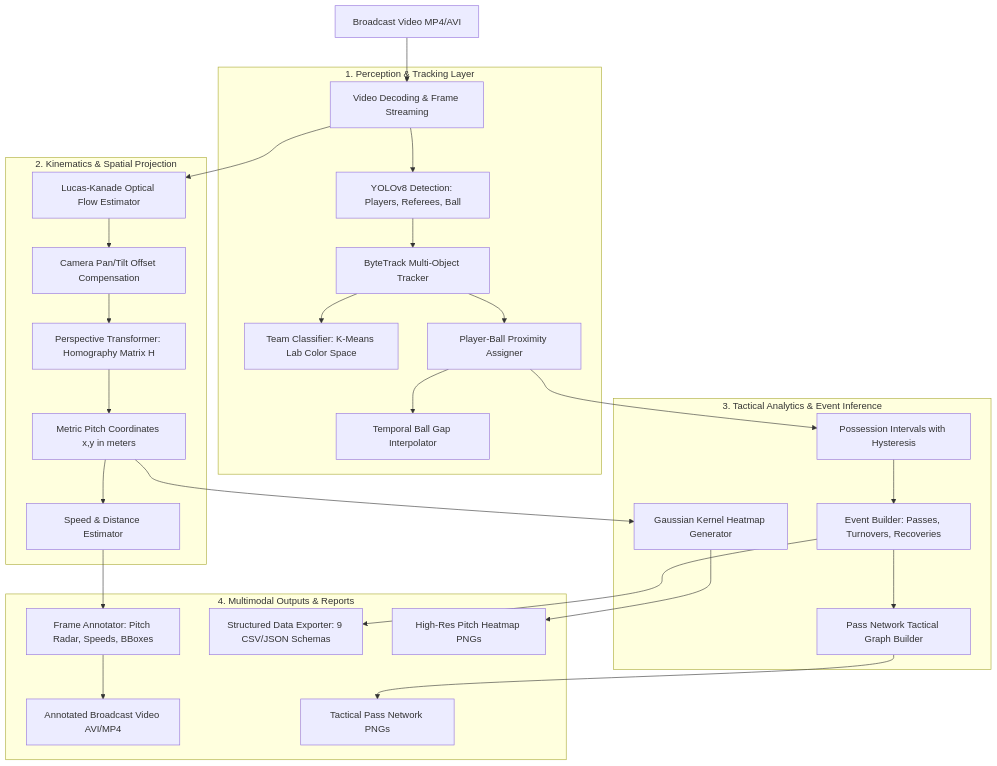
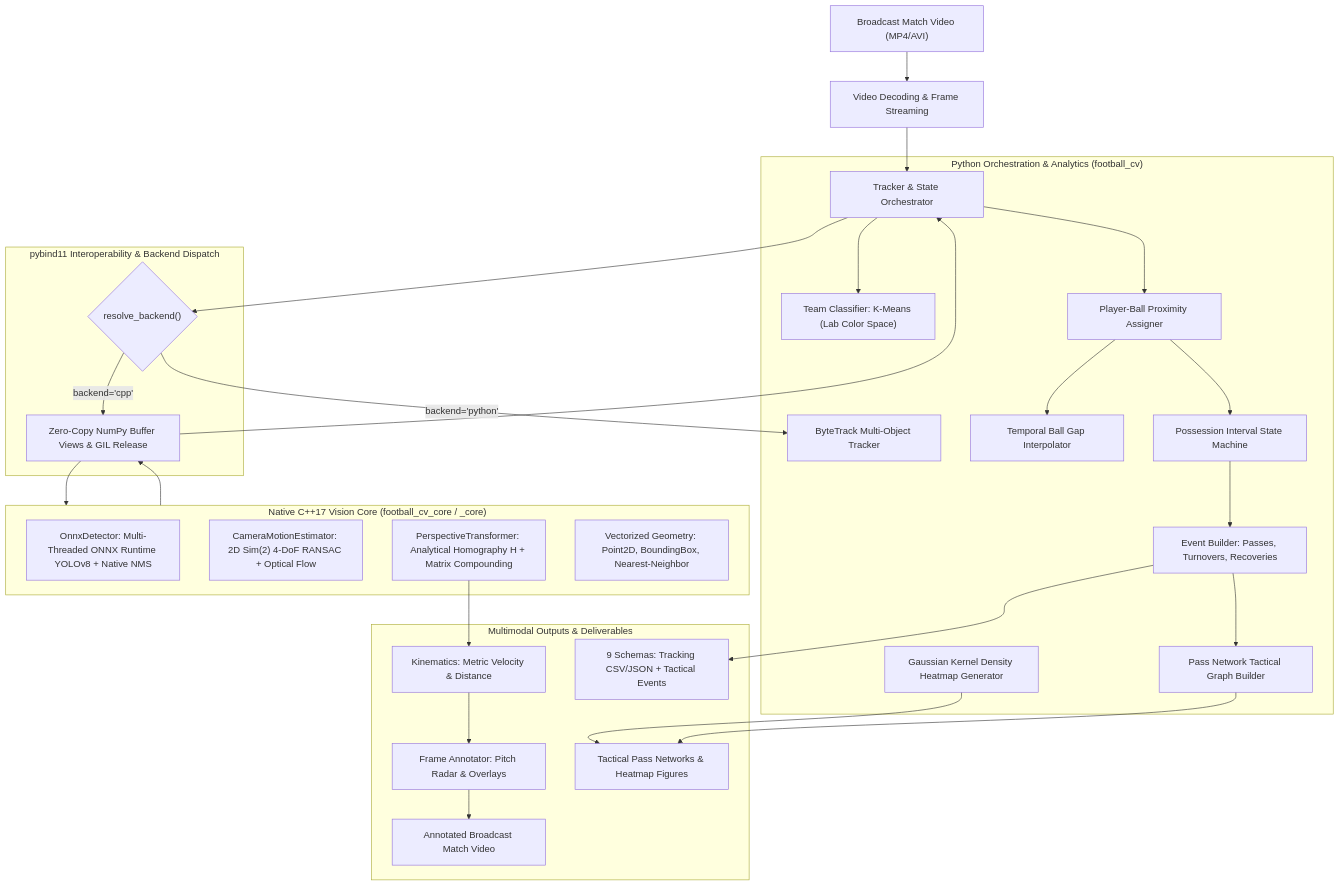
Before and after one commit to donaldng05/football-cv: the diagram in README.md, drawn with Mermaid. The commit also changed other lines of this file and 9 other files, not shown here.

````diff
--- a/README.md
+++ b/README.md
@@ -80,35 +136,57 @@
 ```mermaid
 flowchart TD
-    VideoInput[Broadcast Video MP4/AVI] --> Decoder[Video Decoding & Frame Streaming]
+    VideoInput["Broadcast Match Video (MP4/AVI)"] --> Decoder["Video Decoding & Frame Streaming"]
     
-    subgraph Perception ["1. Perception & Tracking Layer"]
-        Decoder --> YOLO[YOLOv8 Detection: Players, Referees, Ball]
-        YOLO --> ByteTrack[ByteTrack Multi-Object Tracker]
-        ByteTrack --> TeamClustering[Team Classifier: K-Means Lab Color Space]
-        ByteTrack --> BallAssigner[Player-Ball Proximity Assigner]
-        BallAssigner --> BallInterpolation[Temporal Ball Gap Interpolator]
+    subgraph PythonLayer ["Python Orchestration & Analytics (football_cv)"]
+        TrackerOrchestrator["Tracker & State Orchestrator"]
+        ByteTrack["ByteTrack Multi-Object Tracker"]
+        TeamClustering["Team Classifier: K-Means (Lab Color Space)"]
+        BallAssigner["Player-Ball Proximity Assigner"]
+        BallInterpolation["Temporal Ball Gap Interpolator"]
+        IntervalExtractor["Possession Interval State Machine"]
+        EventBuilder["Event Builder: Passes, Turnovers, Recoveries"]
+        PassNetworkGen["Pass Network Tactical Graph Builder"]
+        HeatmapGen["Gaussian Kernel Density Heatmap Generator"]
     end
 
-    subgraph Geometry ["2. Kinematics & Spatial Projection"]
-        Decoder --> CameraFlow[Lucas-Kanade Optical Flow Estimator]
-        CameraFlow --> MotionComp[Camera Pan/Tilt Offset Compensation]
-        MotionComp --> Homography[Perspective Transformer: Homography Matrix H]
-        Homography --> PitchCoords[Metric Pitch Coordinates x,y in meters]
-        PitchCoords --> SpeedDist[Speed & Distance Estimator]
+    subgraph NativeBridge ["pybind11 Interoperability & Backend Dispatch"]
+        BackendResolver{"resolve_backend()"}
+        ZeroCopy["Zero-Copy NumPy Buffer Views & GIL Release"]
     end
 
-    subgraph Analytics ["3. Tactical Analytics & Event Inference"]
-        BallAssigner --> IntervalExtractor[Possession Intervals with Hysteresis]
-        IntervalExtractor --> EventBuilder[Event Builder: Passes, Turnovers, Recoveries]
-        PitchCoords --> HeatmapEngine[Gaussian Kernel Heatmap Generator]
-        EventBuilder --> PassNetworkEngine[Pass Network Tactical Graph Builder]
+    subgraph NativeCppCore ["Native C++17 Vision Core (football_cv_core / _core)"]
+        OnnxEngine["OnnxDetector: Multi-Threaded ONNX Runtime YOLOv8 + Native NMS"]
+        RansacEngine["CameraMotionEstimator: 2D Sim(2) 4-DoF RANSAC + Optical Flow"]
+        HomographyEngine["PerspectiveTransformer: Analytical Homography H + Matrix Compounding"]
+        GeometryEngine["Vectorized Geometry: Point2D, BoundingBox, Nearest-Neighbor"]
     end
 
-    subgraph Outputs ["4. Multimodal Outputs & Reports"]
-        SpeedDist --> Annotator[Frame Annotator: Pitch Radar, Speeds, BBoxes]
-        Annotator --> AnnotatedVideo[Annotated Broadcast Video AVI/MP4]
-        EventBuilder --> Exporter[Structured Data Exporter: 9 CSV/JSON Schemas]
-        HeatmapEngine --> HeatmapPlots[High-Res Pitch Heatmap PNGs]
-        PassNetworkEngine --> NetworkPlots[Tactical Pass Network PNGs]
+    subgraph Outputs ["Multimodal Outputs & Deliverables"]
+        SpeedDist["Kinematics: Metric Velocity & Distance"]
+        Annotator["Frame Annotator: Pitch Radar & Overlays"]
+        AnnotatedVideo["Annotated Broadcast Match Video"]
+        StructuredData["9 Schemas: Tracking CSV/JSON + Tactical Events"]
+        ReportPlots["Tactical Pass Networks & Heatmap Figures"]
     end
+
+    Decoder --> TrackerOrchestrator
+    TrackerOrchestrator --> BackendResolver
+    BackendResolver -->|"backend='cpp'"| ZeroCopy
+    ZeroCopy --> NativeCppCore
+    BackendResolver -->|"backend='python'"| ByteTrack
+
+    NativeCppCore --> ZeroCopy
+    ZeroCopy --> TrackerOrchestrator
+    TrackerOrchestrator --> TeamClustering
+    TrackerOrchestrator --> BallAssigner
+    BallAssigner --> BallInterpolation
+    BallAssigner --> IntervalExtractor
+    IntervalExtractor --> EventBuilder
+    EventBuilder --> PassNetworkGen
+    HomographyEngine --> SpeedDist
+    SpeedDist --> Annotator
+    Annotator --> AnnotatedVideo
+    EventBuilder --> StructuredData
+    HeatmapGen --> ReportPlots
+    PassNetworkGen --> ReportPlots
 ```
````
